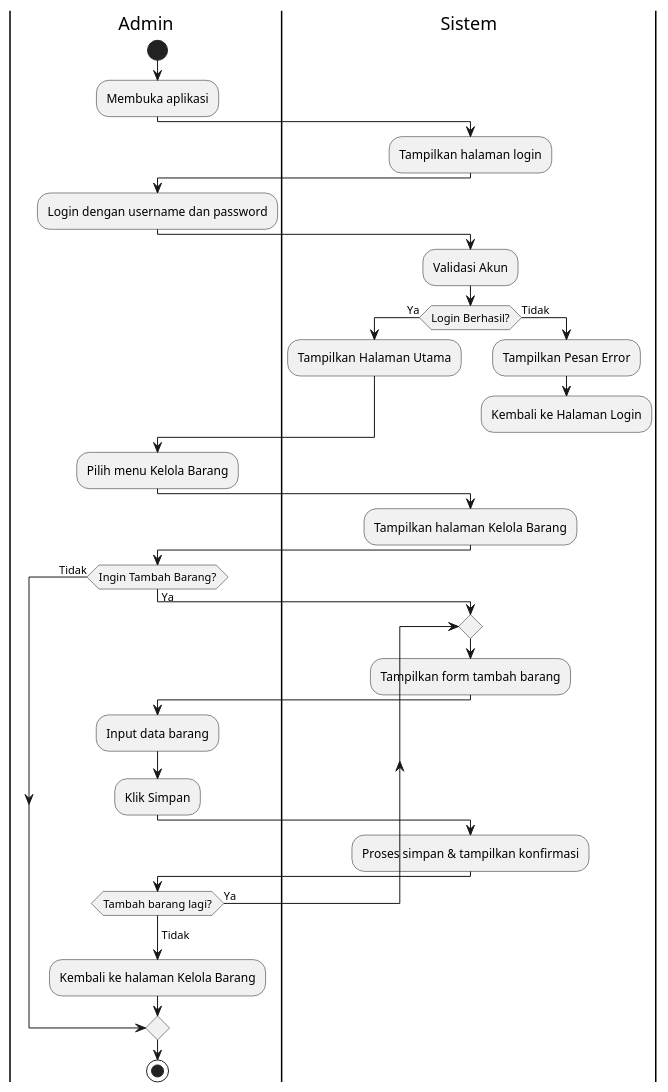
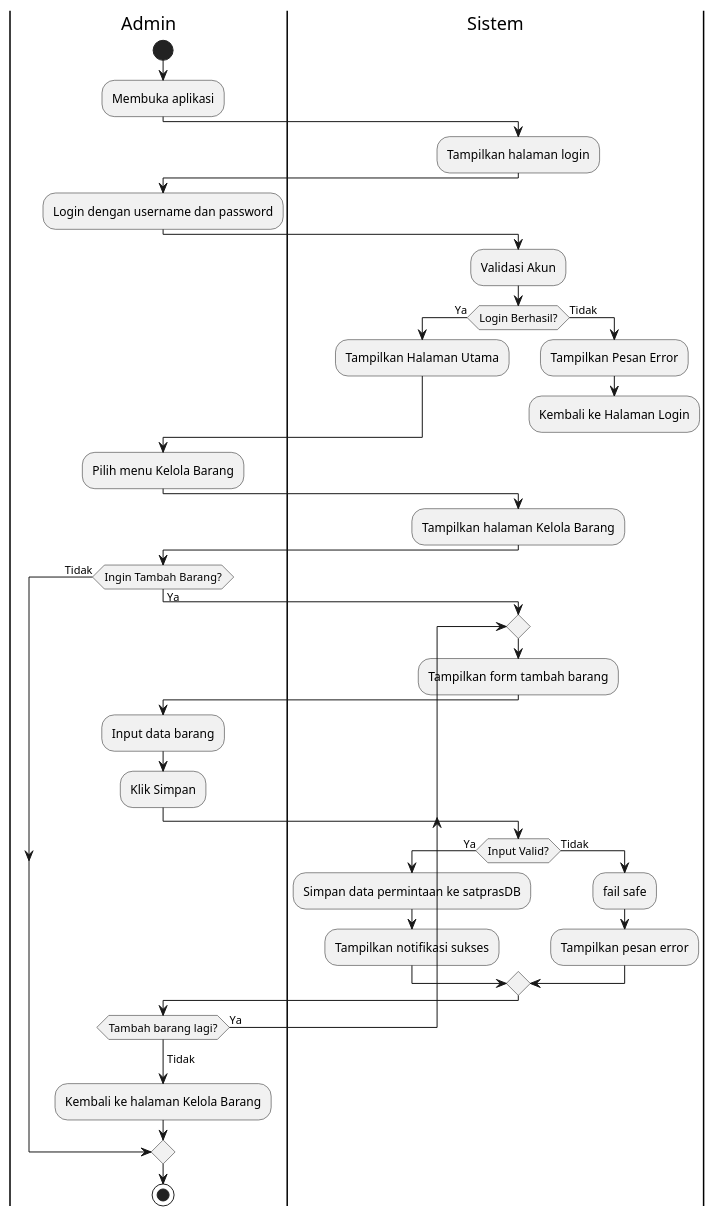
One commit to Fannandya/diagramPABD changed the diagram in Activity Diagram/activityKelolaBarang.puml. Above: the diagram before and after it, drawn with PlantUML.

Commit message:
update kelola barang 1

```diff
--- a/Activity Diagram/activityKelolaBarang.puml
+++ b/Activity Diagram/activityKelolaBarang.puml
@@ -1,46 +1,52 @@
 @startuml activityKelolaBarang
 |Admin|
 start
 :Membuka aplikasi;
 
 |Sistem|
 :Tampilkan halaman login;
 
 |Admin|
 :Login dengan username dan password;
 
 |Sistem|
 :Validasi Akun;
 if (Login Berhasil?) then (Ya)
   :Tampilkan Halaman Utama;
 else (Tidak)
   :Tampilkan Pesan Error;
   :Kembali ke Halaman Login;
   detach
 endif
 
 |Admin|
 :Pilih menu Kelola Barang;
 
 |Sistem|
 :Tampilkan halaman Kelola Barang;
 
 |Admin|
 if (Ingin Tambah Barang?) then (Ya)
   |Sistem|
   repeat
     :Tampilkan form tambah barang;
     |Admin|
     :Input data barang;
     :Klik Simpan;
     |Sistem|
-    :Proses simpan & tampilkan konfirmasi;
+    if (Input Valid?) then (Ya)
+      :Simpan data permintaan ke satprasDB;
+      :Tampilkan notifikasi sukses;
+    else (Tidak)
+      :fail safe;
+      :Tampilkan pesan error;
+    endif
     |Admin|
   repeat while (Tambah barang lagi?) is (Ya)
   ->Tidak;
   :Kembali ke halaman Kelola Barang;
 else (Tidak)
 endif
 
 stop
 @enduml
```
